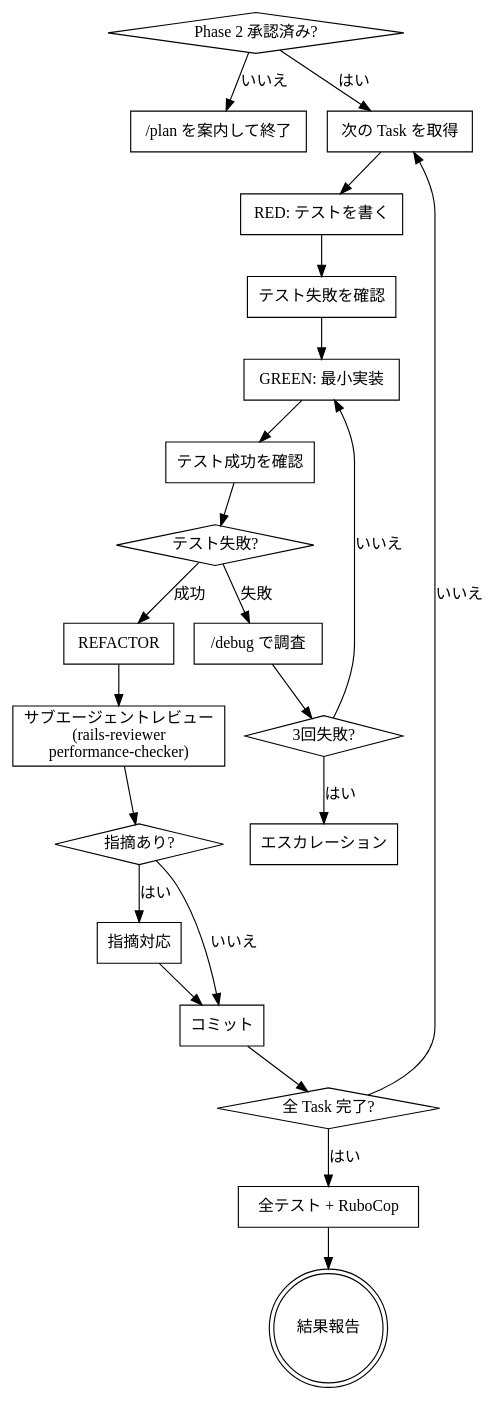
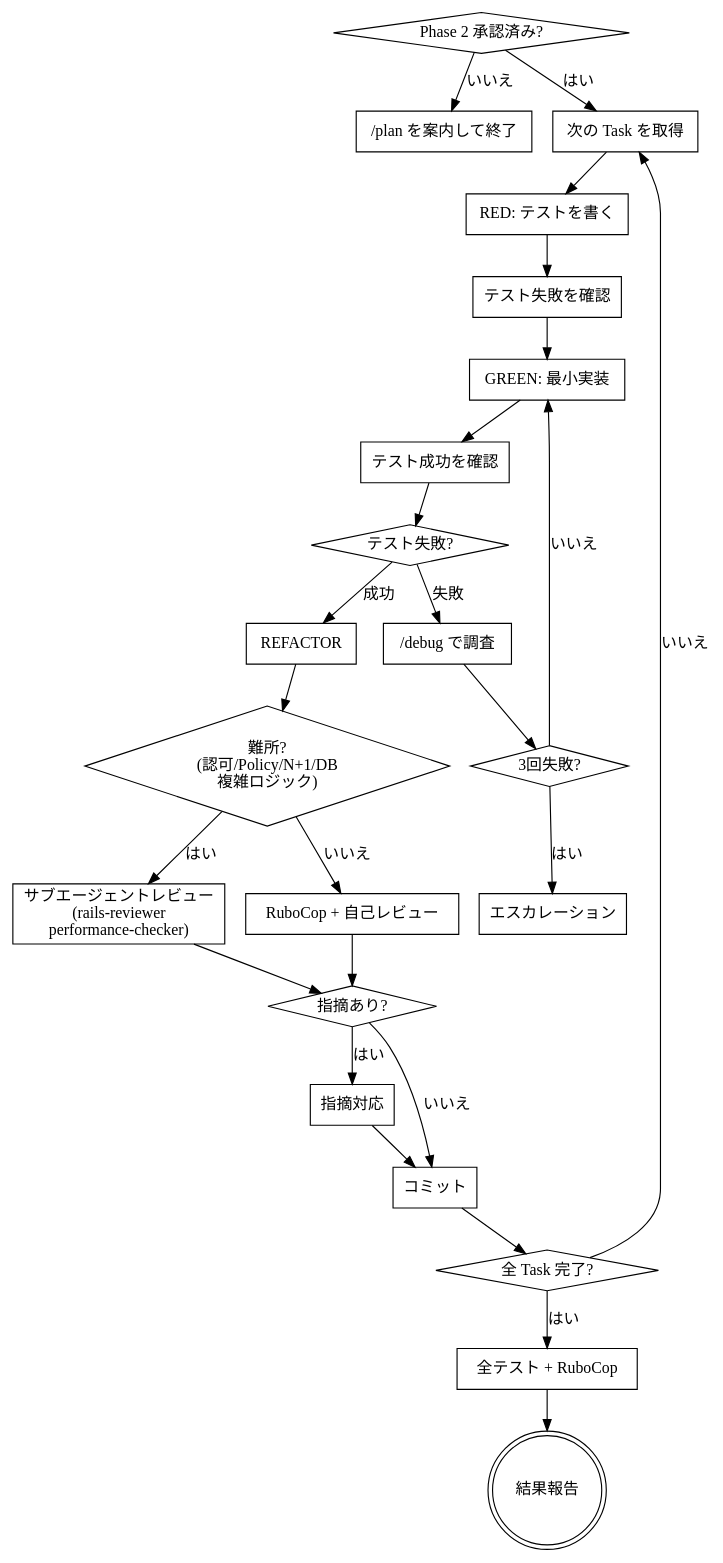
Before and after one commit to miyaRY777/hobby-matching-app: the diagram in .claude/skills/execute/SKILL.md, drawn with Graphviz. The commit also changed other lines of this file and 3 other files, not shown here.

````diff
--- a/.claude/skills/execute/SKILL.md
+++ b/.claude/skills/execute/SKILL.md
@@ -24,45 +24,50 @@
 ```dot
 digraph execute {
     "Phase 2 承認済み?" [shape=diamond];
     "/plan を案内して終了" [shape=box];
     "次の Task を取得" [shape=box];
     "RED: テストを書く" [shape=box];
     "テスト失敗を確認" [shape=box];
     "GREEN: 最小実装" [shape=box];
     "テスト成功を確認" [shape=box];
     "REFACTOR" [shape=box];
+    "難所?\n(認可/Policy/N+1/DB\n複雑ロジック)" [shape=diamond];
     "サブエージェントレビュー\n(rails-reviewer\nperformance-checker)" [shape=box];
+    "RuboCop + 自己レビュー" [shape=box];
     "指摘あり?" [shape=diamond];
     "指摘対応" [shape=box];
     "コミット" [shape=box];
     "全 Task 完了?" [shape=diamond];
     "全テスト + RuboCop" [shape=box];
     "結果報告" [shape=doublecircle];
     "テスト失敗?" [shape=diamond];
     "/debug で調査" [shape=box];
     "3回失敗?" [shape=diamond];
     "エスカレーション" [shape=box];
 
     "Phase 2 承認済み?" -> "/plan を案内して終了" [label="いいえ"];
     "Phase 2 承認済み?" -> "次の Task を取得" [label="はい"];
     "次の Task を取得" -> "RED: テストを書く";
     "RED: テストを書く" -> "テスト失敗を確認";
     "テスト失敗を確認" -> "GREEN: 最小実装";
     "GREEN: 最小実装" -> "テスト成功を確認";
     "テスト成功を確認" -> "テスト失敗?" ;
     "テスト失敗?" -> "REFACTOR" [label="成功"];
     "テスト失敗?" -> "/debug で調査" [label="失敗"];
     "/debug で調査" -> "3回失敗?";
     "3回失敗?" -> "GREEN: 最小実装" [label="いいえ"];
     "3回失敗?" -> "エスカレーション" [label="はい"];
-    "REFACTOR" -> "サブエージェントレビュー\n(rails-reviewer\nperformance-checker)";
+    "REFACTOR" -> "難所?\n(認可/Policy/N+1/DB\n複雑ロジック)";
+    "難所?\n(認可/Policy/N+1/DB\n複雑ロジック)" -> "サブエージェントレビュー\n(rails-reviewer\nperformance-checker)" [label="はい"];
+    "難所?\n(認可/Policy/N+1/DB\n複雑ロジック)" -> "RuboCop + 自己レビュー" [label="いいえ"];
     "サブエージェントレビュー\n(rails-reviewer\nperformance-checker)" -> "指摘あり?";
+    "RuboCop + 自己レビュー" -> "指摘あり?";
     "指摘あり?" -> "指摘対応" [label="はい"];
     "指摘対応" -> "コミット";
     "指摘あり?" -> "コミット" [label="いいえ"];
     "コミット" -> "全 Task 完了?";
     "全 Task 完了?" -> "次の Task を取得" [label="いいえ"];
     "全 Task 完了?" -> "全テスト + RuboCop" [label="はい"];
     "全テスト + RuboCop" -> "結果報告";
 }
 ```
````
